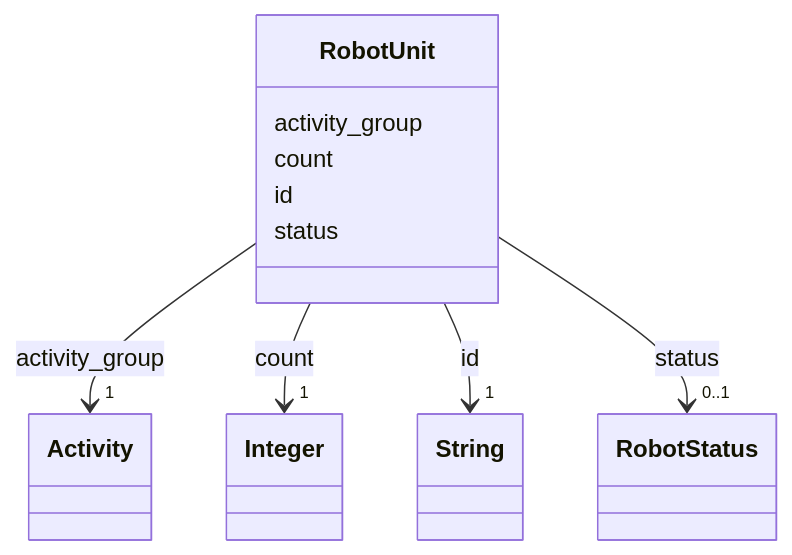
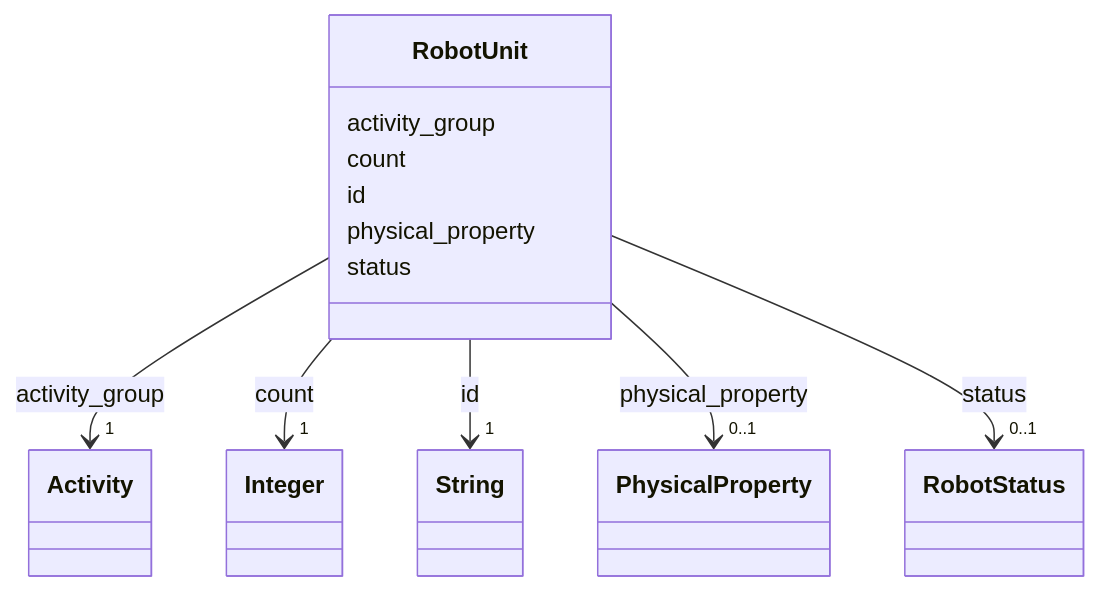
One commit to maikeljsb/rcpc-schema changed the diagram in docs/model/resource/RobotUnit.md. Above: the diagram before and after it, drawn with Mermaid. The commit also changed other lines of this file and 46 other files, not shown here.

Commit message:
feat(resource): add PhysicalProperty with Sensor and MountPosition

````diff
--- a/docs/model/resource/RobotUnit.md
+++ b/docs/model/resource/RobotUnit.md
@@ -23,50 +23,61 @@
 ```mermaid
  classDiagram
     class RobotUnit
     click RobotUnit href "../RobotUnit/"
       RobotUnit : activity_group
         
           
     
         
         
         RobotUnit --> "1" Activity : activity_group
         click Activity href "../Activity/"
     
 
         
       RobotUnit : count
         
           
     
         
         
         RobotUnit --> "1" Integer : count
         click Integer href "../http://www.w3.org/2001/XMLSchema#integer/"
     
 
         
       RobotUnit : id
         
           
     
         
         
         RobotUnit --> "1" String : id
         click String href "../http://www.w3.org/2001/XMLSchema#string/"
     
 
         
+      RobotUnit : physical_property
+        
+          
+    
+        
+        
+        RobotUnit --> "0..1" PhysicalProperty : physical_property
+        click PhysicalProperty href "../PhysicalProperty/"
+    
+
+        
       RobotUnit : status
         
           
     
         
         
         RobotUnit --> "0..1" RobotStatus : status
         click RobotStatus href "../RobotStatus/"
     
 
         
       
 ```
````
